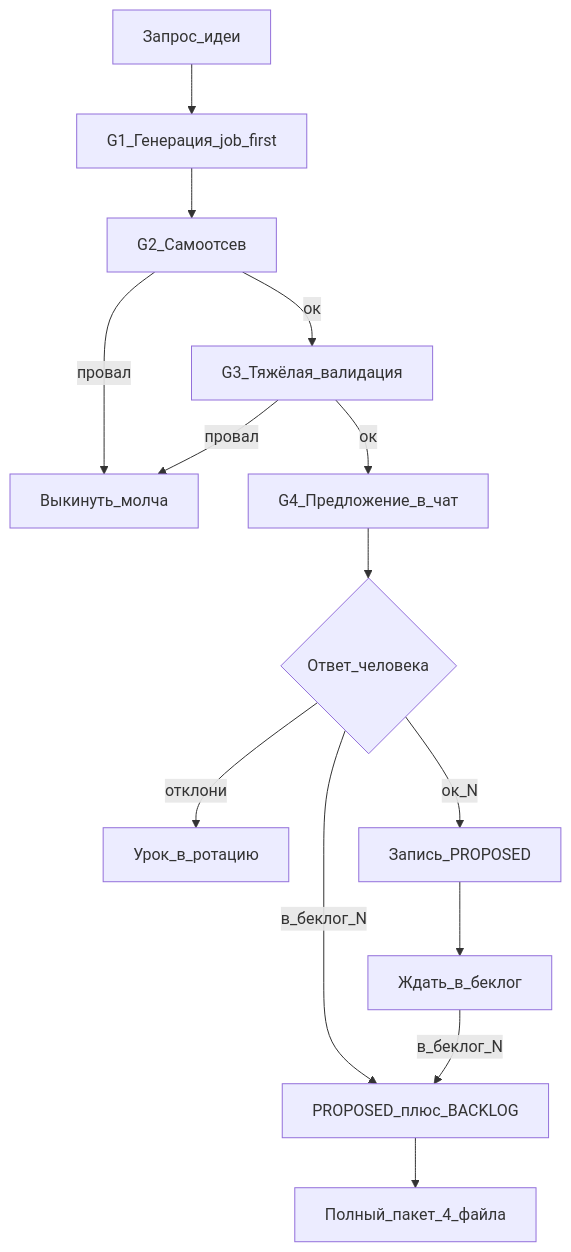
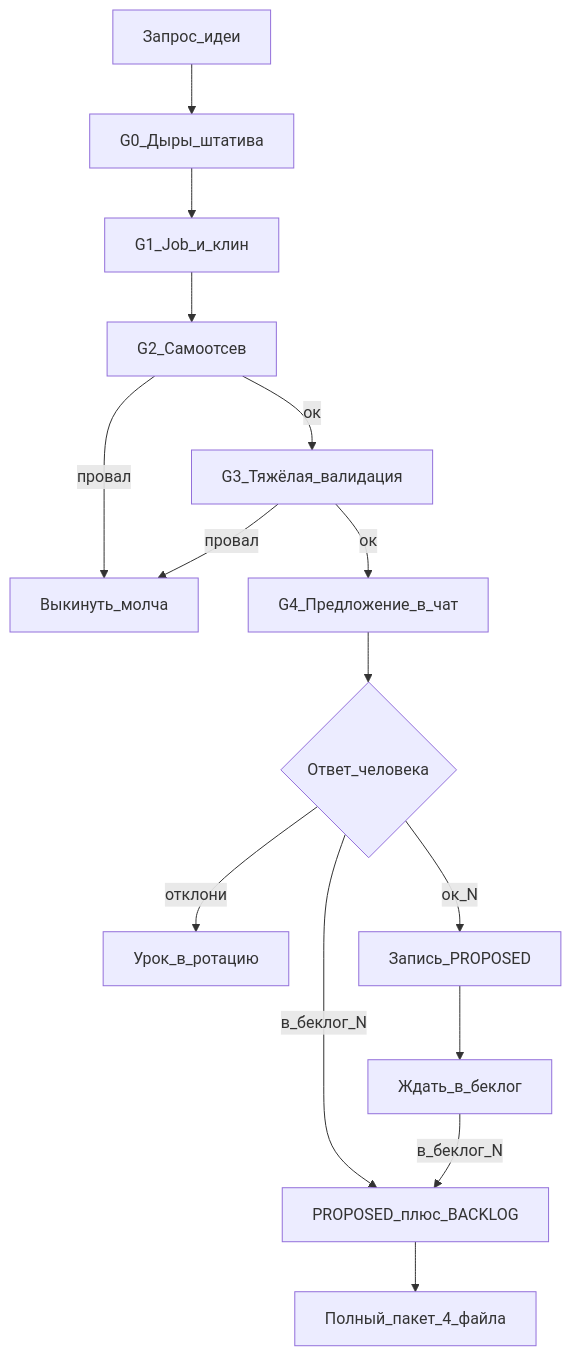
The diagram in docs/idea-briefs/IDEA_METHOD.md (grinkevich-dima/b24-idea-factory), drawn with Mermaid before and after one commit. The commit also changed other lines of this file and 3 other files, not shown here.

````diff
--- a/docs/idea-briefs/IDEA_METHOD.md
+++ b/docs/idea-briefs/IDEA_METHOD.md
@@ -14,16 +14,17 @@
 ```mermaid
 flowchart TD
-  req[Запрос_идеи] --> gen[G1_Генерация_job_first]
+  req[Запрос_идеи] --> g0[G0_Дыры_штатива]
+  g0 --> gen[G1_Job_и_клин]
   gen --> self[G2_Самоотсев]
   self -->|провал| kill[Выкинуть_молча]
   self -->|ок| heavy[G3_Тяжёлая_валидация]
   heavy -->|провал| kill
   heavy -->|ок| propose[G4_Предложение_в_чат]
   propose --> human{Ответ_человека}
   human -->|отклони| lesson[Урок_в_ротацию]
   human -->|ок_N| proposed[Запись_PROPOSED]
   human -->|в_беклог_N| both[PROPOSED_плюс_BACKLOG]
   both --> pack[Полный_пакет_4_файла]
   proposed --> wait[Ждать_в_беклог]
   wait -->|в_беклог_N| both
 ```
````
